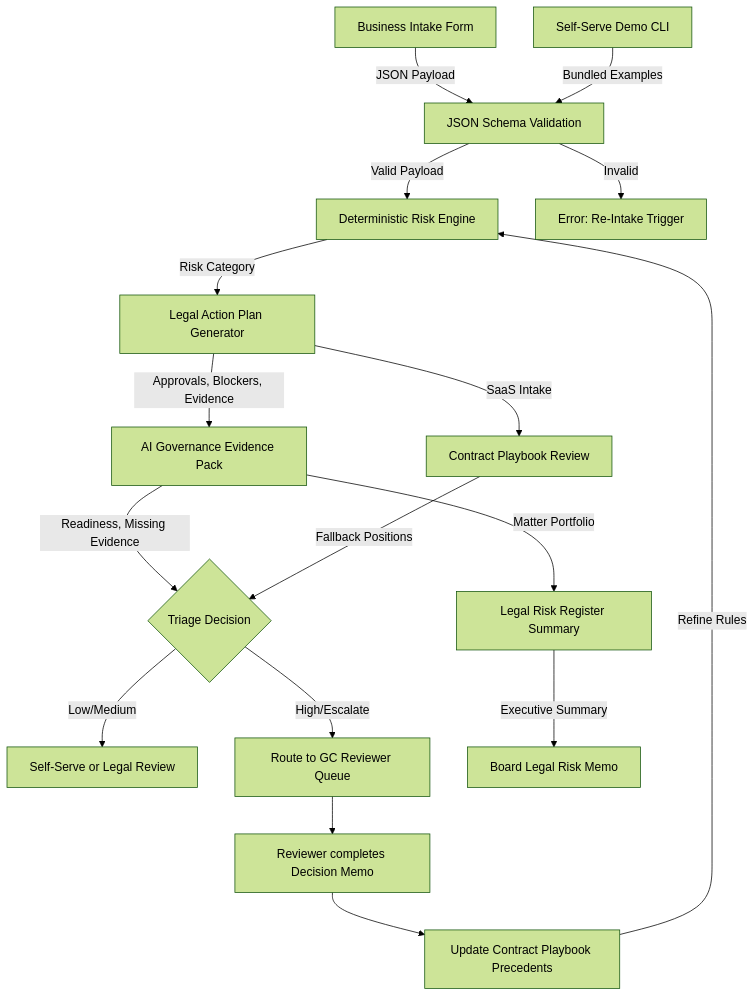
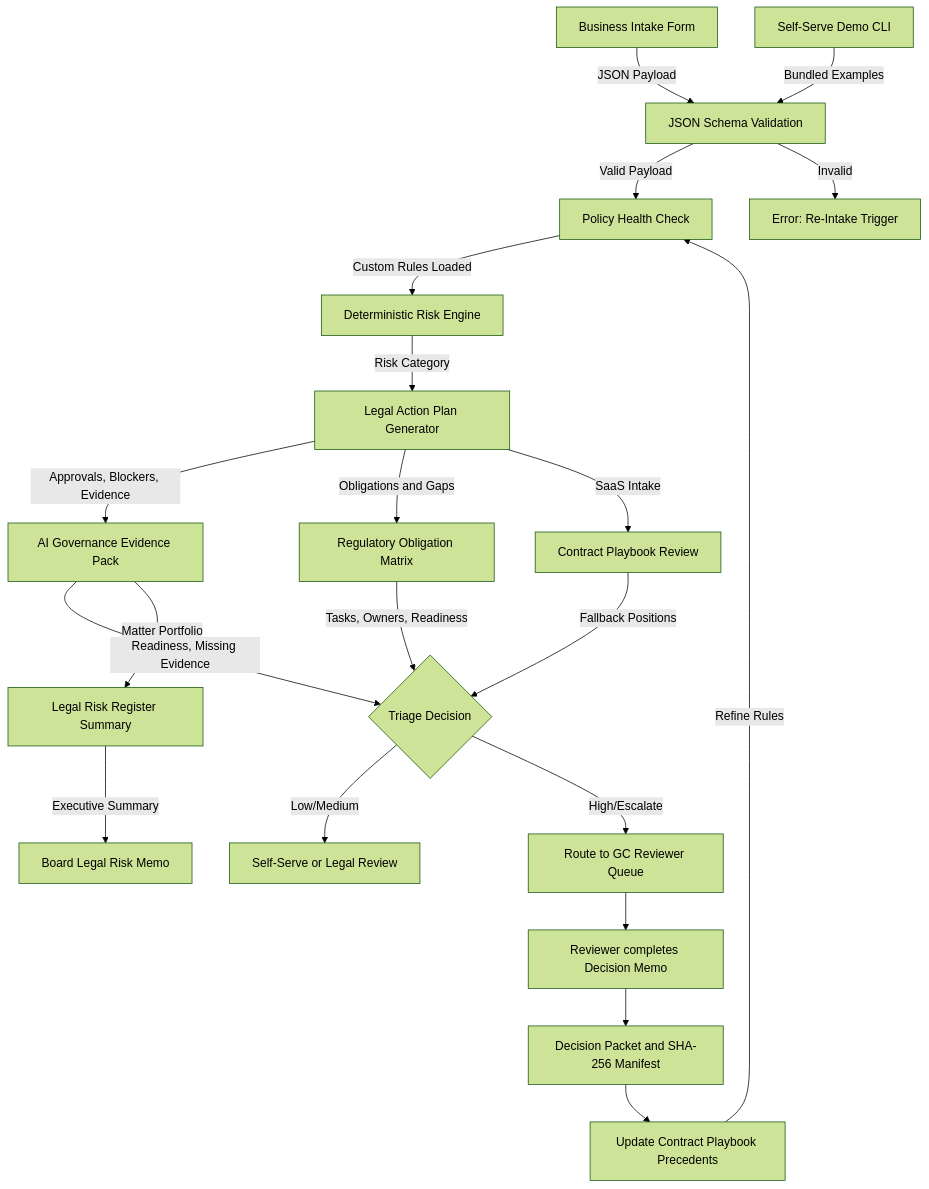
One commit to sebastianfoerste/ai-saas-legal-ops-starter-kit changed the diagram in docs/architecture.md. Above: the diagram before and after it, drawn with Mermaid (forest theme). The commit also changed other lines of this file and 29 other files, not shown here.

````diff
--- a/docs/architecture.md
+++ b/docs/architecture.md
@@ -5,19 +5,23 @@
 ```mermaid
 graph TD
     A[Business Intake Form] -->|JSON Payload| B[JSON Schema Validation]
     CLI[Self-Serve Demo CLI] -->|Bundled Examples| B
-    B -->|Valid Payload| C[Deterministic Risk Engine]
+    B -->|Valid Payload| PH[Policy Health Check]
+    PH -->|Custom Rules Loaded| C[Deterministic Risk Engine]
     B -->|Invalid| X[Error: Re-Intake Trigger]
     C -->|Risk Category| D[Legal Action Plan Generator]
     D -->|Approvals, Blockers, Evidence| P[AI Governance Evidence Pack]
+    D -->|Obligations and Gaps| M[Regulatory Obligation Matrix]
     D -->|SaaS Intake| CP[Contract Playbook Review]
     P -->|Readiness, Missing Evidence| E{Triage Decision}
+    M -->|Tasks, Owners, Readiness| E
     P -->|Matter Portfolio| R[Legal Risk Register Summary]
     CP -->|Fallback Positions| E
     E -->|Low/Medium| F[Self-Serve or Legal Review]
     E -->|High/Escalate| G[Route to GC Reviewer Queue]
     R -->|Executive Summary| J[Board Legal Risk Memo]
     G --> H[Reviewer completes Decision Memo]
-    H --> I[Update Contract Playbook Precedents]
-    I -->|Refine Rules| C
+    H --> DP[Decision Packet and SHA-256 Manifest]
+    DP --> I[Update Contract Playbook Precedents]
+    I -->|Refine Rules| PH
 ```
````
